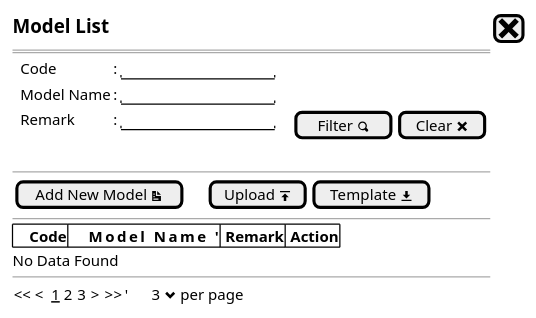
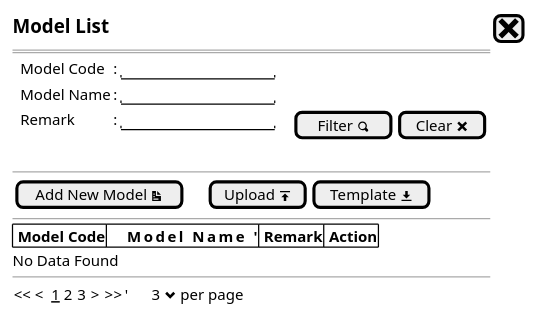
The diagram in Model/model - newstep0.puml (ari-fikri/packing-cost-mockup), drawn with PlantUML before and after one commit. The commit also changed 3 other files, not shown here.

```diff
--- a/Model/model - newstep0.puml
+++ b/Model/model - newstep0.puml
@@ -1,26 +1,26 @@
 @startsalt
 {
   <size:15><b>Model List |[<size:25><&x>]|*
   ==
   {
-      .|Code        |: |"               "|*
+      .|Model Code        |: |"               "|*
       .|Model Name  |: |"               "|*
       .|Remark      |: |"               "|.|.|[Filter <&magnifying-glass>]| [Clear <&x>]|*      
   }
   .
   --
   {
   [Add New Model <&document>]|.|.|.|[Upload <&data-transfer-upload>]| [Template <&data-transfer-download>]|* 
   }
   --
   {#
-    |<b>    Code |<b>     Model Name        '|<b> Remark |<b> Action |*|*|*
+    |<b> Model Code |<b>     Model Name        '|<b> Remark |<b> Action |*|*|*
   }
   No Data Found
   --
   {
   << <  __1__ 2 3  > >>  |'      3 <&chevron-bottom> per page |*
   }
 
 }
 @endsalt
```
